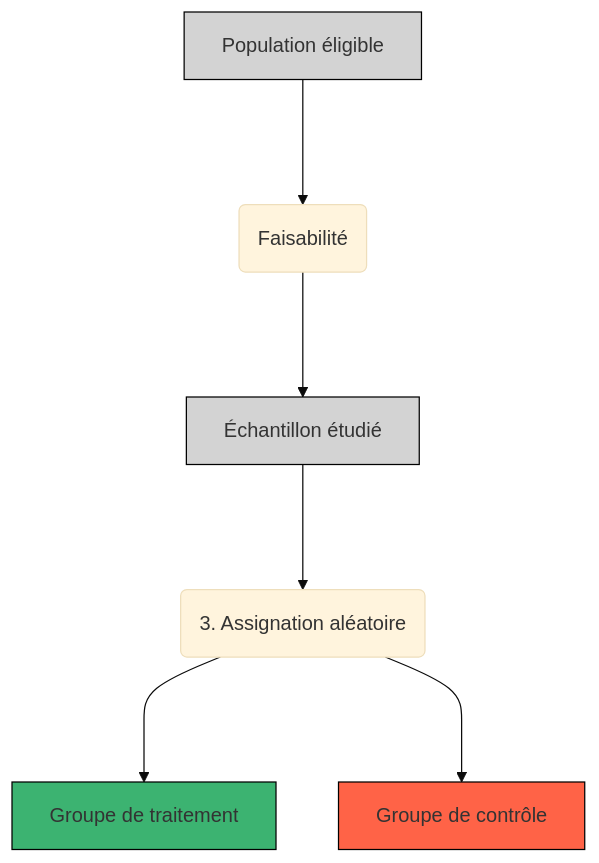
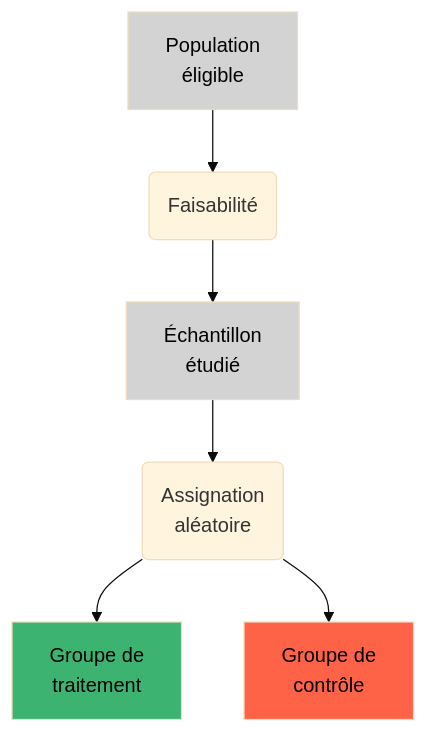
One commit to BETSAKA/statcap_impact_training changed the diagram in slides/fr/randomization.qmd. Above: the diagram before and after it, drawn with Mermaid (base theme). The commit also changed other lines of this file and 7 other files, not shown here.

````diff
--- a/slides/fr/randomization.qmd
+++ b/slides/fr/randomization.qmd
@@ -185,14 +185,14 @@
 ```{mermaid, echo=FALSE}
 
 flowchart TD
-    A["Population éligible"] ---> AB(Faisabilité)
-    AB ---> B["Échantillon étudié"]
-    B ---> C("3. Assignation aléatoire")
-    C ---> D["Groupe de traitement"]
-    C ---> E["Groupe de contrôle"]
+    A["Population<br/>éligible"] --> AB(Faisabilité)
+    AB --> B["Échantillon<br/>étudié"]
+    B --> C("Assignation<br/>aléatoire")
+    C --> D["Groupe de<br/>traitement"]
+    C --> E["Groupe de<br/>contrôle"]
 
-    style A fill:#d3d3d3,stroke:#000000
-    style B fill:#d3d3d3,stroke:#000000
-    style D fill:#3cb371,stroke:#000000
-    style E fill:#ff6347,stroke:#000000
+    style A fill:#d3d3d3,color:#000000
+    style B fill:#d3d3d3,color:#000000
+    style D fill:#3cb371,color:#000000
+    style E fill:#ff6347,color:#000000
 ```
````
